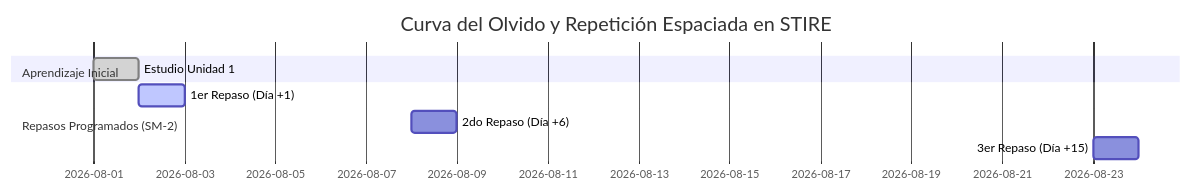
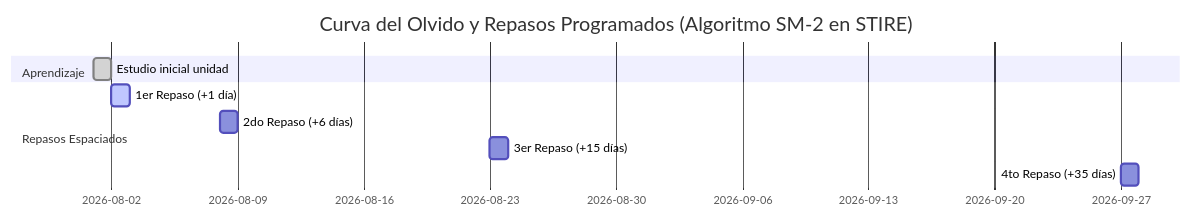
The second of 3 diagrams in docs/investigacion/CUADERNO_INVESTIGACION_TUTORES_Y_REPETICION_ESPACIADA.md (IvanGoat/Stire-Soft), drawn with Mermaid before and after one commit. The commit also changed other lines of this file, not shown here.

Commit message:
docs(investigacion): amplia la investigacion profunda sobre tutores inteligentes, repeticion espaciada (SM-2/FSRS), benchmarking EdTech y trazabilidad MODESEC

````diff
--- a/docs/investigacion/CUADERNO_INVESTIGACION_TUTORES_Y_REPETICION_ESPACIADA.md
+++ b/docs/investigacion/CUADERNO_INVESTIGACION_TUTORES_Y_REPETICION_ESPACIADA.md
@@ -52,11 +50,12 @@
 ```mermaid
 gantt
-    title Curva del Olvido y Repetición Espaciada en STIRE
+    title Curva del Olvido y Repasos Programados (Algoritmo SM-2 en STIRE)
     dateFormat  YYYY-MM-DD
-    section Aprendizaje Inicial
-    Estudio Unidad 1       :done, 2026-08-01, 1d
-    section Repasos Programados (SM-2)
-    1er Repaso (Día +1)    :active, 2026-08-02, 1d
-    2do Repaso (Día +6)    :2026-08-08, 1d
-    3er Repaso (Día +15)   :2026-08-23, 1d
+    section Aprendizaje
+    Estudio inicial unidad :done, 2026-08-01, 1d
+    section Repasos Espaciados
+    1er Repaso (+1 día)    :active, 2026-08-02, 1d
+    2do Repaso (+6 días)   :2026-08-08, 1d
+    3er Repaso (+15 días)  :2026-08-23, 1d
+    4to Repaso (+35 días)  :2026-09-27, 1d
 ```
````
